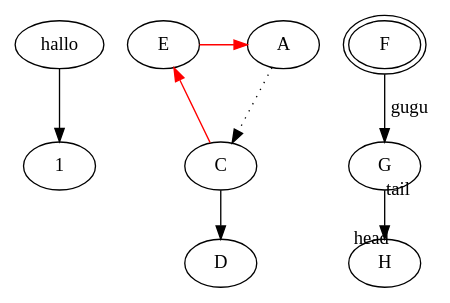
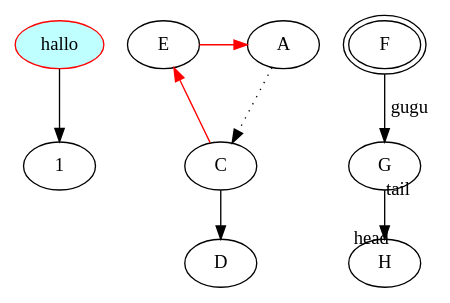
The diagram in LucreData/src/main/resources/test.dot (Sciss/HistoricalCode), drawn with Graphviz before and after one commit. The commit also changed 1 other file, not shown here.

```diff
--- a/LucreData/src/main/resources/test.dot
+++ b/LucreData/src/main/resources/test.dot
@@ -1,17 +1,17 @@
 digraph Tree {
-    0 [label="hallo"]
+    0 [label="hallo", color=red, fillcolor="0.5,0.25,1", style=filled]
     0 -> 1
     A -> C [style=dotted]
     C -> D
     edge [color=red]
     C -> E
     subgraph {
         rank = same
         E -> A
     }
     F [peripheries=2]
     G; H
     edge [color=black]
     F -> G [label="gugu"]
     G -> H [headlabel="head", taillabel="tail" labelangle=90]
 }
```
